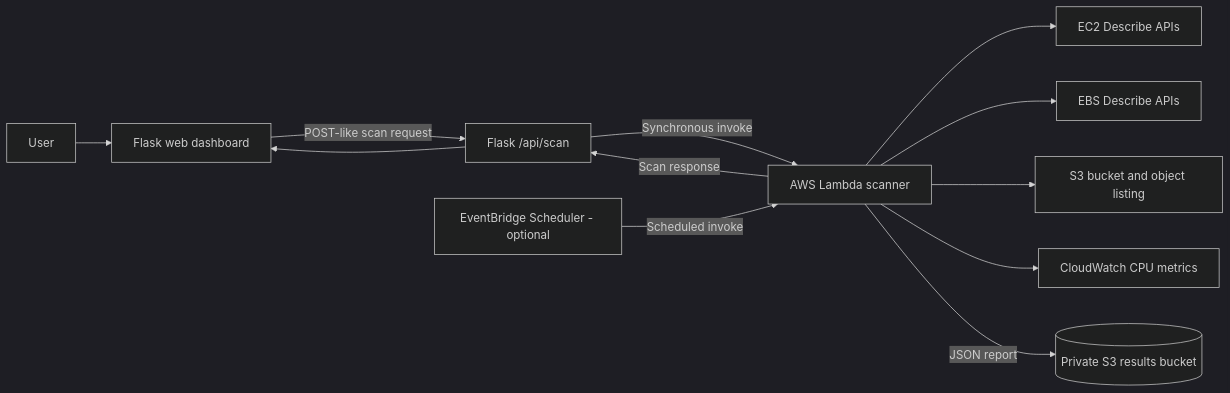
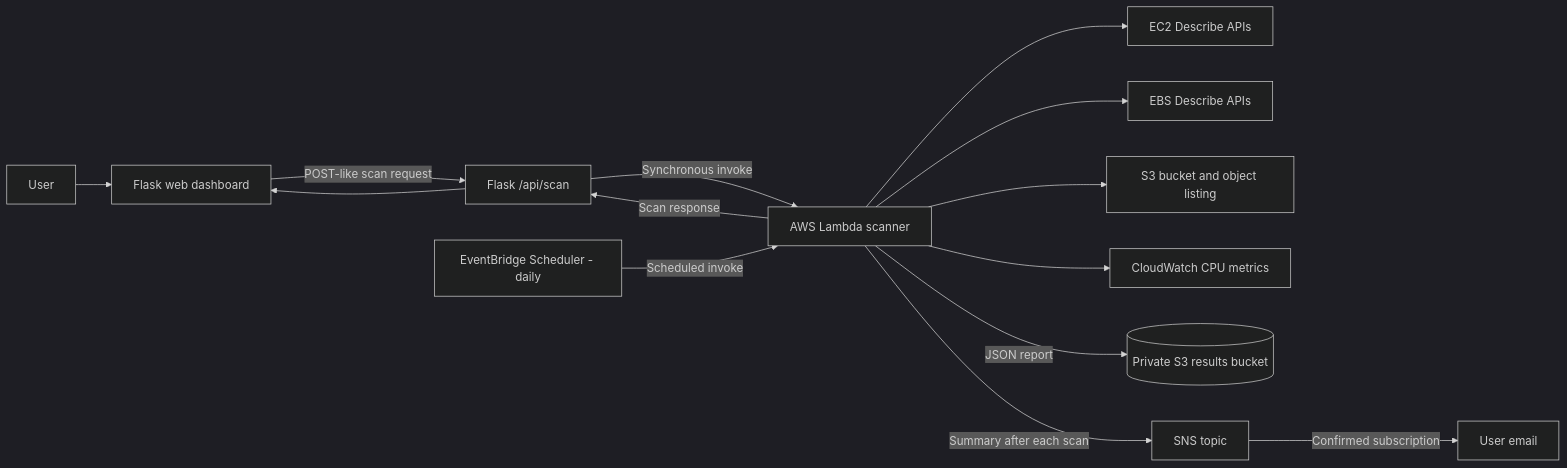
The diagram in README.md (omj31/aws_costgaurd), drawn with Mermaid (dark theme) before and after one commit. The commit also changed other lines of this file and 2 other files, not shown here.

Commit message:
Notify SNS subscribers after scans

````diff
--- a/README.md
+++ b/README.md
@@ -19,14 +20,16 @@
 ```mermaid
 flowchart LR
     U[User] --> D[Flask web dashboard]
     D -->|POST-like scan request| F[Flask /api/scan]
     F -->|Synchronous invoke| L[AWS Lambda scanner]
     L --> EC2[EC2 Describe APIs]
     L --> EBS[EBS Describe APIs]
     L --> S3W[S3 bucket and object listing]
     L --> CW[CloudWatch CPU metrics]
     L -->|JSON report| S3R[(Private S3 results bucket)]
+    L -->|Summary after each scan| SNS[SNS topic]
+    SNS -->|Confirmed subscription| MAIL[User email]
     L -->|Scan response| F
     F --> D
-    EB[EventBridge Scheduler - optional] -->|Scheduled invoke| L
+    EB[EventBridge Scheduler - daily] -->|Scheduled invoke| L
 ```
````
